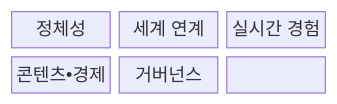
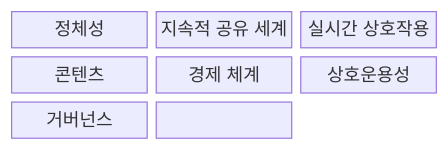
Before and after one commit to agnusdei1207/knowledge-base: the first of 2 diagrams in src/content/docs/notes/08-latest-tech/224_metaverse.md, drawn with Mermaid. The commit also changed other lines of this file and 6 other files, not shown here.

````diff
--- a/src/content/docs/notes/08-latest-tech/224_metaverse.md
+++ b/src/content/docs/notes/08-latest-tech/224_metaverse.md
@@ -66,11 +70,13 @@
 ```mermaid
 block-beta
   columns 3
   N0["정체성"]
-  N1["세계 연계"]
-  N2["실시간 경험"]
-  N3["콘텐츠•경제"]
+  N1["지속적 공유 세계"]
+  N2["실시간 상호작용"]
+  N3["콘텐츠"]
+  N5["경제 체계"]
+  N6["상호운용성"]
   N4["거버넌스"]
   N0 --- N1 --- N2
-  N2 --- N3 --- N4
+  N2 --- N3 --- N5 --- N6 --- N4
 ```
````
